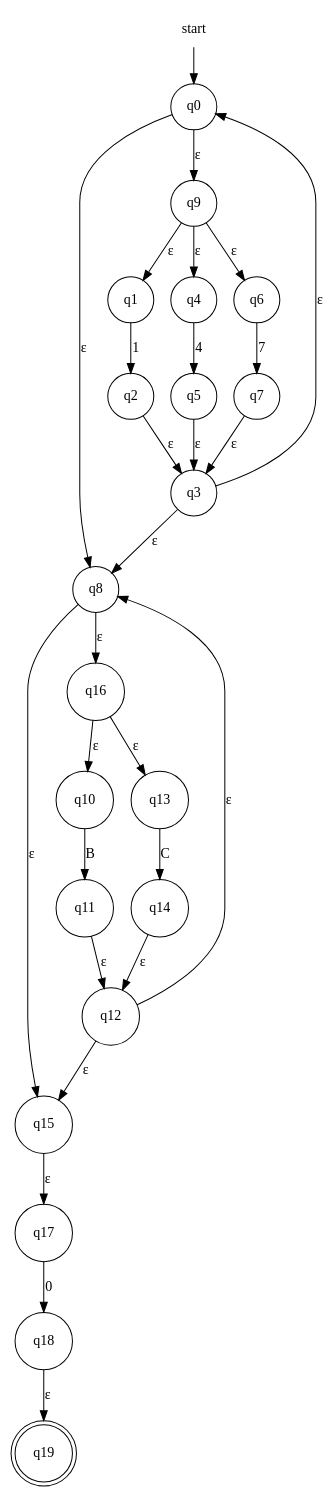
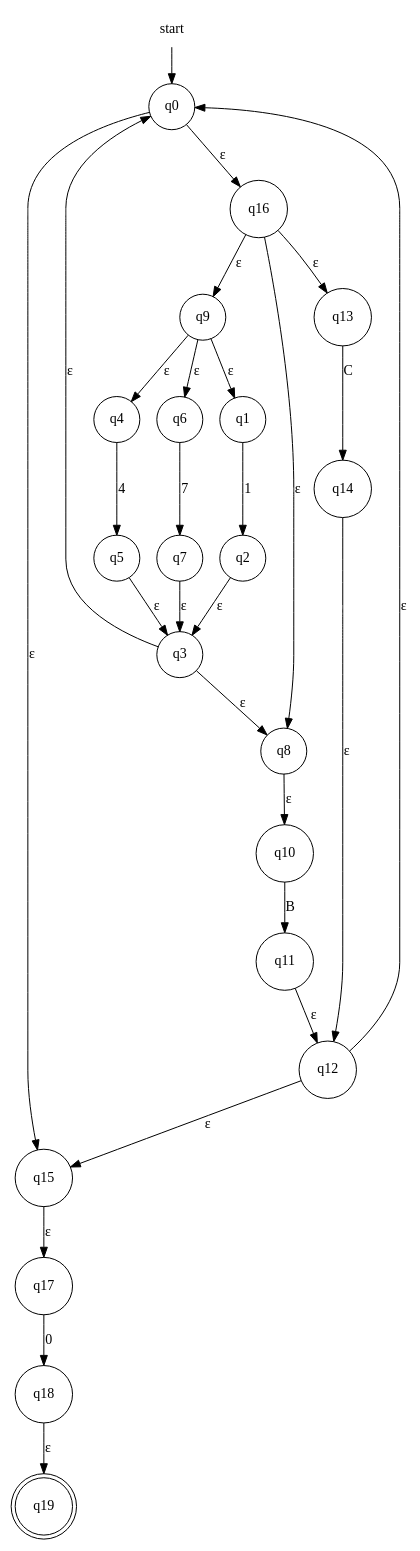
Before and after one commit to evertheylen/TA_TO: the diagram in fase1/RE-eNFA/regex_5.dot, drawn with Graphviz. The commit also changed 5 other files, not shown here.

```diff
--- a/fase1/RE-eNFA/regex_5.dot
+++ b/fase1/RE-eNFA/regex_5.dot
@@ -1,32 +1,32 @@
 digraph automaton {
     node [shape=none]; start;
     node [shape=doublecircle]; "q19";
     node [shape=circle];
     start -> "q0";
-    "q0" -> "q8" [label="&epsilon;"];
-    "q0" -> "q9" [label="&epsilon;"];
+    "q0" -> "q15" [label="&epsilon;"];
+    "q0" -> "q16" [label="&epsilon;"];
     "q1" -> "q2" [label="1"];
     "q2" -> "q3" [label="&epsilon;"];
     "q3" -> "q0" [label="&epsilon;"];
     "q3" -> "q8" [label="&epsilon;"];
     "q4" -> "q5" [label="4"];
     "q5" -> "q3" [label="&epsilon;"];
     "q6" -> "q7" [label="7"];
     "q7" -> "q3" [label="&epsilon;"];
-    "q8" -> "q15" [label="&epsilon;"];
-    "q8" -> "q16" [label="&epsilon;"];
+    "q8" -> "q10" [label="&epsilon;"];
     "q9" -> "q1" [label="&epsilon;"];
     "q9" -> "q4" [label="&epsilon;"];
     "q9" -> "q6" [label="&epsilon;"];
     "q10" -> "q11" [label="B"];
     "q11" -> "q12" [label="&epsilon;"];
-    "q12" -> "q8" [label="&epsilon;"];
+    "q12" -> "q0" [label="&epsilon;"];
     "q12" -> "q15" [label="&epsilon;"];
     "q13" -> "q14" [label="C"];
     "q14" -> "q12" [label="&epsilon;"];
     "q15" -> "q17" [label="&epsilon;"];
-    "q16" -> "q10" [label="&epsilon;"];
+    "q16" -> "q8" [label="&epsilon;"];
+    "q16" -> "q9" [label="&epsilon;"];
     "q16" -> "q13" [label="&epsilon;"];
     "q17" -> "q18" [label="0"];
     "q18" -> "q19" [label="&epsilon;"];
 }
```
